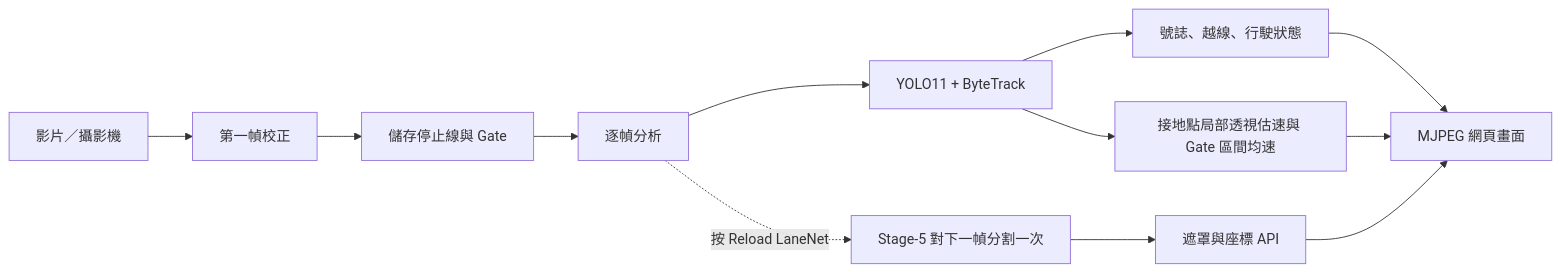
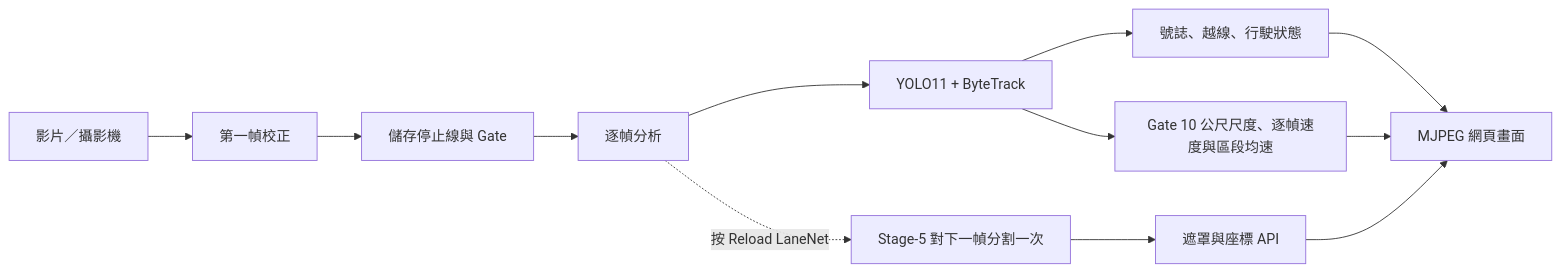
One commit to youying971201-lgtm/proj changed the diagram in README.md. Above: the diagram before and after it, drawn with Mermaid. The commit also changed other lines of this file and 17 other files, not shown here.

````diff
--- a/README.md
+++ b/README.md
@@ -27,14 +27,14 @@
 ```mermaid
 flowchart LR
     A[影片／攝影機] --> B[第一幀校正]
     B --> C[儲存停止線與 Gate]
     C --> D[逐幀分析]
     D --> E[YOLO11 + ByteTrack]
     D -. 按 Reload LaneNet .-> F[Stage-5 對下一幀分割一次]
     E --> G[號誌、越線、行駛狀態]
-    E --> J[接地點局部透視估速與 Gate 區間均速]
+    E --> J[Gate 10 公尺尺度、逐幀速度與區段均速]
     F --> H[遮罩與座標 API]
     G --> I[MJPEG 網頁畫面]
     J --> I
     H --> I
 ```
````
